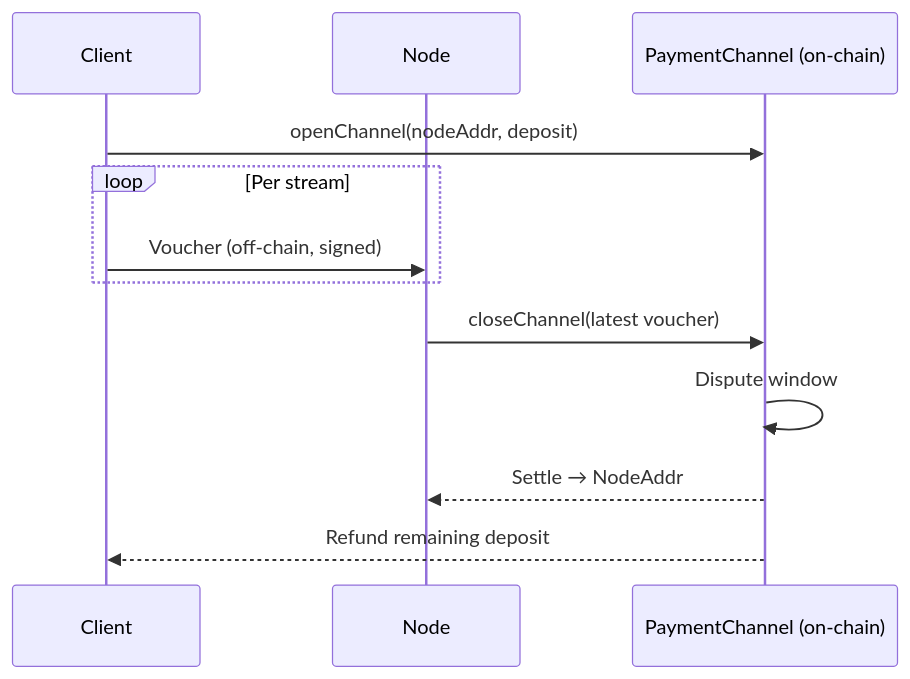
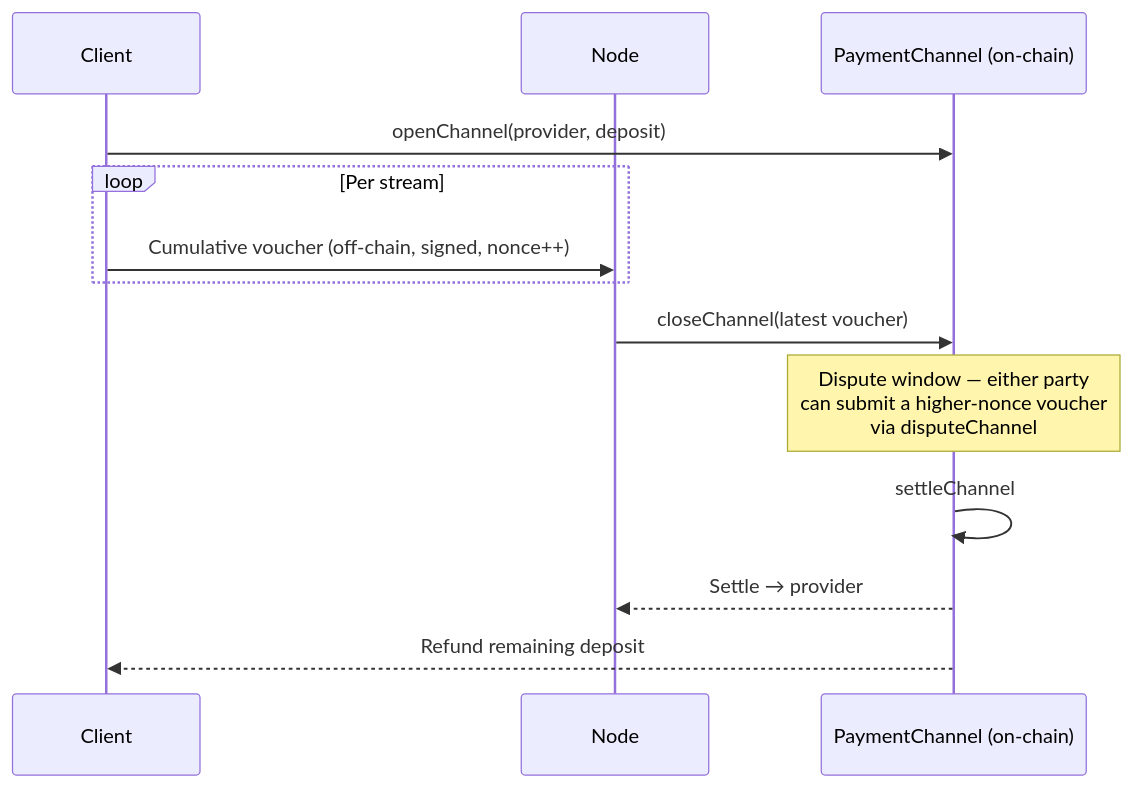
The diagram in docs/protocol/payments.mdx (decdn/website), drawn with Mermaid before and after one commit. The commit also changed other lines of this file and 7 other files, not shown here.

````diff
--- a/docs/protocol/payments.mdx
+++ b/docs/protocol/payments.mdx
@@ -12,15 +12,16 @@
 ```mermaid
 sequenceDiagram
     participant C as Client
     participant N as Node
     participant CH as PaymentChannel (on-chain)
 
-    C->>CH: openChannel(nodeAddr, deposit)
+    C->>CH: openChannel(provider, deposit)
     loop Per stream
-        C->>N: Voucher (off-chain, signed)
+        C->>N: Cumulative voucher (off-chain, signed, nonce++)
     end
     N->>CH: closeChannel(latest voucher)
-    CH->>CH: Dispute window
-    CH-->>N: Settle → NodeAddr
+    Note over CH: Dispute window — either party<br/>can submit a higher-nonce voucher<br/>via disputeChannel
+    CH->>CH: settleChannel
+    CH-->>N: Settle → provider
     CH-->>C: Refund remaining deposit
 ```
````
